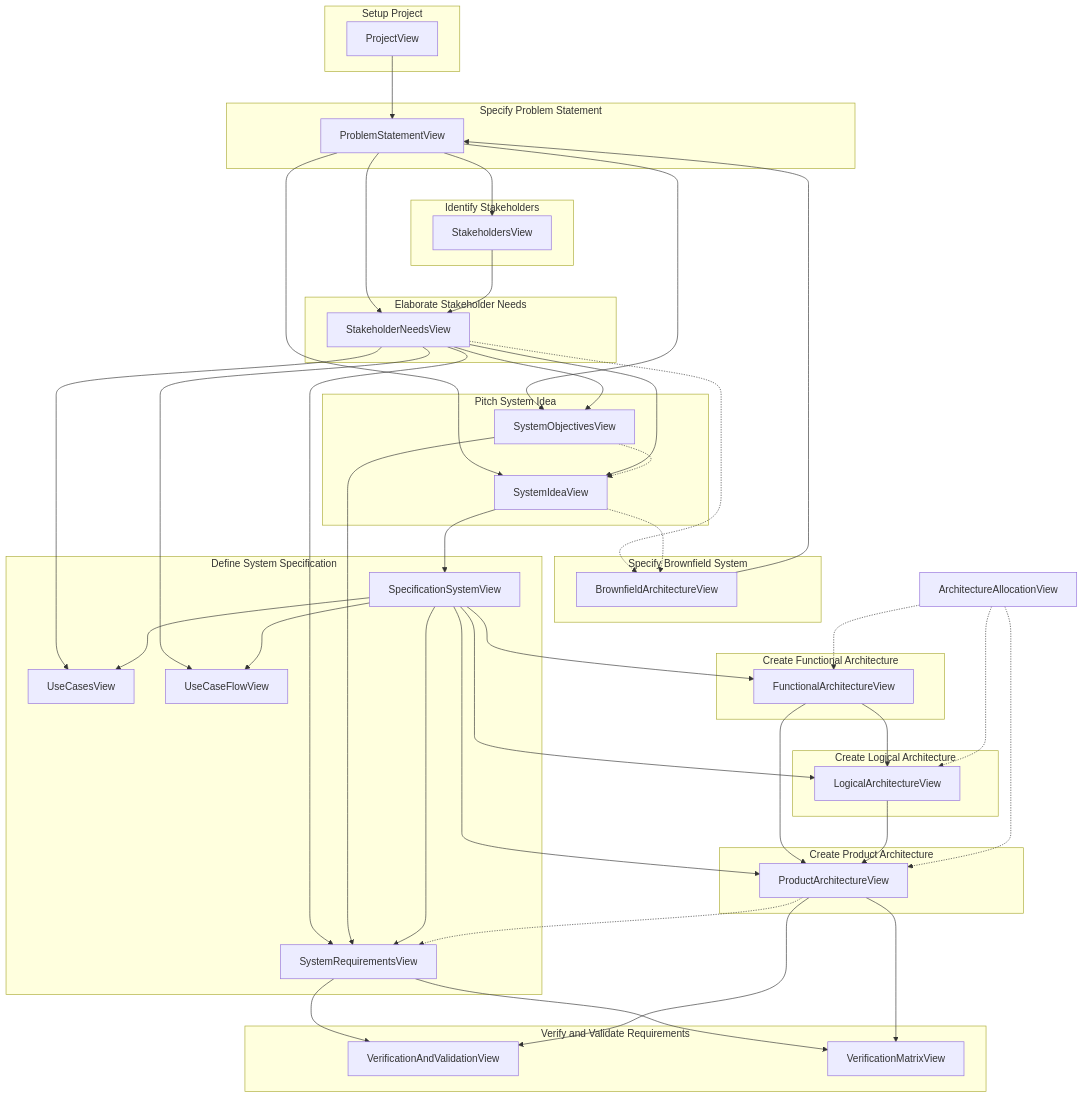
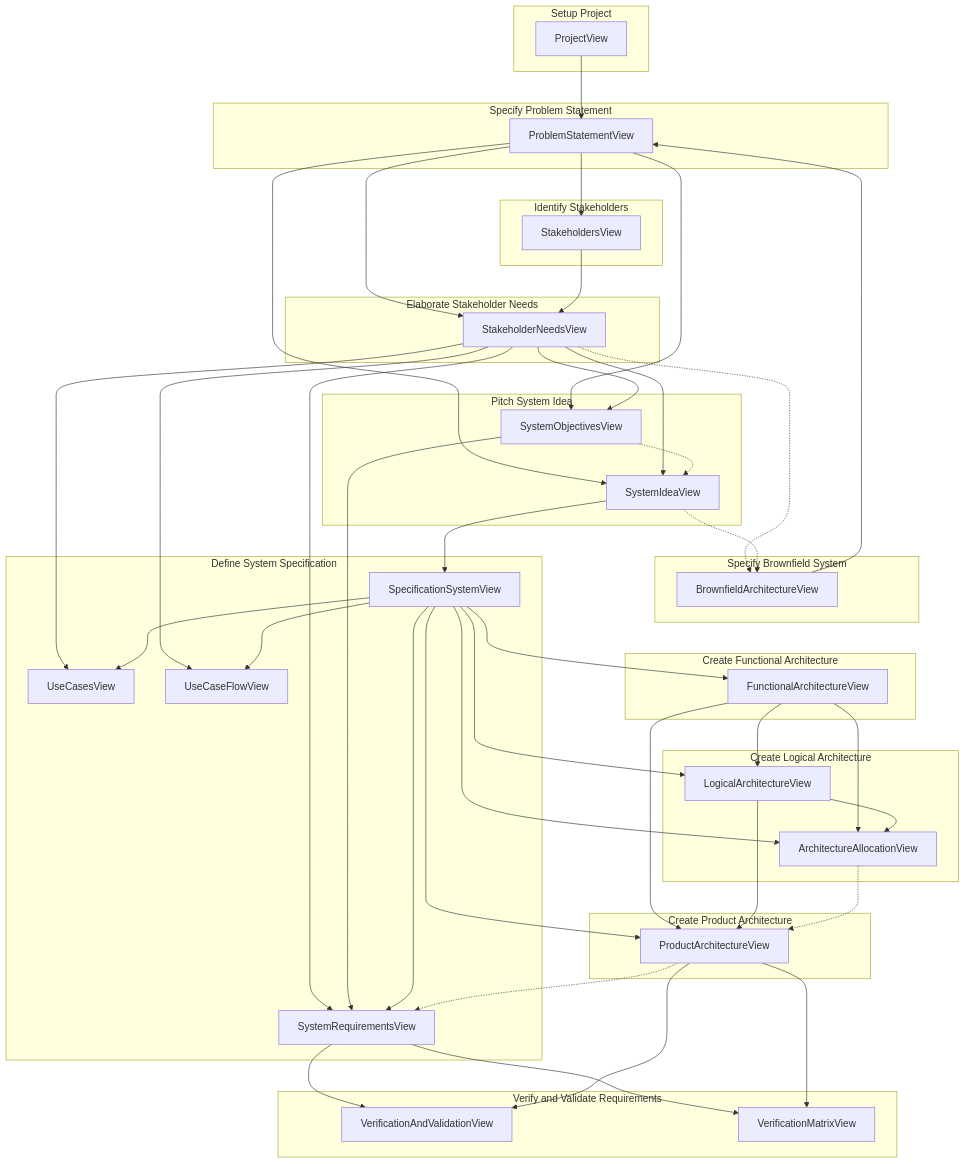
One commit to MBSE4U/sysmod-sysmlv2 changed the second of 2 diagrams in SYSMODViews.md. Above: the diagram before and after it, drawn with Mermaid. The commit also changed other lines of this file and 1 other file, not shown here.

````diff
--- a/SYSMODViews.md
+++ b/SYSMODViews.md
@@ -1730,76 +1730,77 @@
 ```mermaid
 flowchart TB
     subgraph SetupProject["Setup Project"]
         ProjectView[ProjectView]
     end
     subgraph SpecifyBrownfieldSystem["Specify Brownfield System"]
         BrownfieldArchitectureView[BrownfieldArchitectureView]
     end
     subgraph SpecifyProblemStatement["Specify Problem Statement"]
         ProblemStatementView[ProblemStatementView]
     end
     subgraph IdentifyStakeholders["Identify Stakeholders"]
         StakeholdersView[StakeholdersView]
     end
     subgraph ElaborateStakeholderNeeds["Elaborate Stakeholder Needs"]
         StakeholderNeedsView[StakeholderNeedsView]
     end
     subgraph PitchSystemIdea["Pitch System Idea"]
         SystemIdeaView[SystemIdeaView]
         SystemObjectivesView[SystemObjectivesView]
     end
     subgraph DefineSystemSpecification["Define System Specification"]
         SpecificationSystemView[SpecificationSystemView]
         UseCasesView[UseCasesView]
         UseCaseFlowView[UseCaseFlowView]
         SystemRequirementsView[SystemRequirementsView]
     end
     subgraph CreateFunctionalArchitecture["Create Functional Architecture"]
         FunctionalArchitectureView[FunctionalArchitectureView]
     end
     subgraph CreateLogicalArchitecture["Create Logical Architecture"]
         LogicalArchitectureView[LogicalArchitectureView]
+        ArchitectureAllocationView[ArchitectureAllocationView]
     end
     subgraph CreateProductArchitecture["Create Product Architecture"]
         ProductArchitectureView[ProductArchitectureView]
     end
     subgraph VerifyAndValidateRequirements["Verify and Validate Requirements"]
         VerificationAndValidationView[VerificationAndValidationView]
         VerificationMatrixView[VerificationMatrixView]
     end
-    ArchitectureAllocationView[ArchitectureAllocationView]
     ProjectView --> ProblemStatementView
     BrownfieldArchitectureView --> ProblemStatementView
     ProblemStatementView --> StakeholdersView
     ProblemStatementView --> StakeholderNeedsView
     StakeholdersView --> StakeholderNeedsView
     ProblemStatementView --> SystemIdeaView
     StakeholderNeedsView --> SystemIdeaView
     ProblemStatementView --> SystemObjectivesView
     StakeholderNeedsView --> SystemObjectivesView
     SystemIdeaView --> SpecificationSystemView
     StakeholderNeedsView --> UseCasesView
     SpecificationSystemView --> UseCasesView
     StakeholderNeedsView --> UseCaseFlowView
     SpecificationSystemView --> UseCaseFlowView
     StakeholderNeedsView --> SystemRequirementsView
     SystemObjectivesView --> SystemRequirementsView
     SpecificationSystemView --> SystemRequirementsView
     SpecificationSystemView --> FunctionalArchitectureView
     SpecificationSystemView --> LogicalArchitectureView
     FunctionalArchitectureView --> LogicalArchitectureView
     SpecificationSystemView --> ProductArchitectureView
     FunctionalArchitectureView --> ProductArchitectureView
     LogicalArchitectureView --> ProductArchitectureView
+    SpecificationSystemView --> ArchitectureAllocationView
+    FunctionalArchitectureView --> ArchitectureAllocationView
+    LogicalArchitectureView --> ArchitectureAllocationView
     SystemRequirementsView --> VerificationAndValidationView
     ProductArchitectureView --> VerificationAndValidationView
     SystemRequirementsView --> VerificationMatrixView
     ProductArchitectureView --> VerificationMatrixView
     StakeholderNeedsView -.-> BrownfieldArchitectureView
     SystemIdeaView -.-> BrownfieldArchitectureView
     SystemObjectivesView -.-> SystemIdeaView
     ProductArchitectureView -.-> SystemRequirementsView
-    ArchitectureAllocationView -.-> FunctionalArchitectureView
-    ArchitectureAllocationView -.-> LogicalArchitectureView
     ArchitectureAllocationView -.-> ProductArchitectureView
 ```
````
